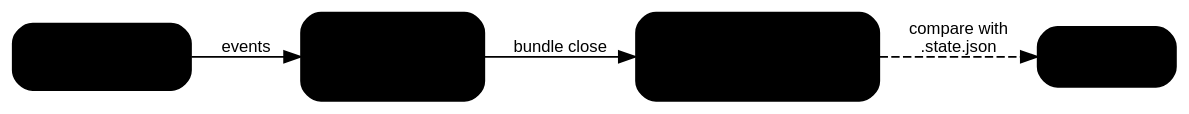
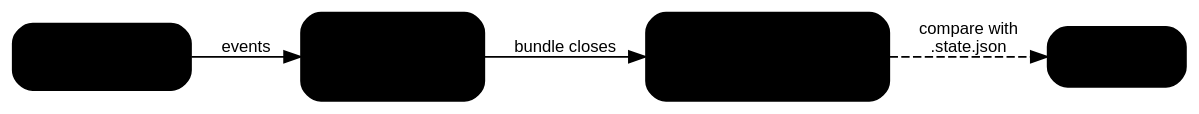
One commit to rolldown/rolldown changed the first of 2 diagrams in docs/in-depth/build-report.md. Above: the diagram before and after it, drawn with Graphviz. The commit also changed other lines of this file, not shown here.

````diff
--- a/docs/in-depth/build-report.md
+++ b/docs/in-depth/build-report.md
@@ -159,17 +159,17 @@
 ```dot
 digraph {
     bgcolor="transparent";
     rankdir=LR;
     node [shape=box, style="filled,rounded", fontname="Arial", fontsize=12, margin="0.2,0.1", color="${#3c3c43|#dfdfd6}", fontcolor="${#3c3c43|#dfdfd6}"];
     edge [fontname="Arial", fontsize=10, color="${#3c3c43|#dfdfd6}", fontcolor="${#3c3c43|#dfdfd6}"];
 
     build [label="Build\nscan, generate", fillcolor="${#fff0e0|#4a2a0a}"];
     memory [label="Memory\ncounts, sizes,\ngraphs, timings", fillcolor="${#dbeafe|#1e3a5f}"];
     folder [label="Report folder\nentry.md, metrics.json,\n.state.json, ...", fillcolor="${#dcfce7|#14532d}"];
     next [label="Next build", fillcolor="${#fff0e0|#4a2a0a}"];
 
     build -> memory [label="events"];
-    memory -> folder [label="bundle close"];
+    memory -> folder [label="bundle closes"];
     folder -> next [label="compare with\n.state.json", style=dashed];
 }
 ```
````
